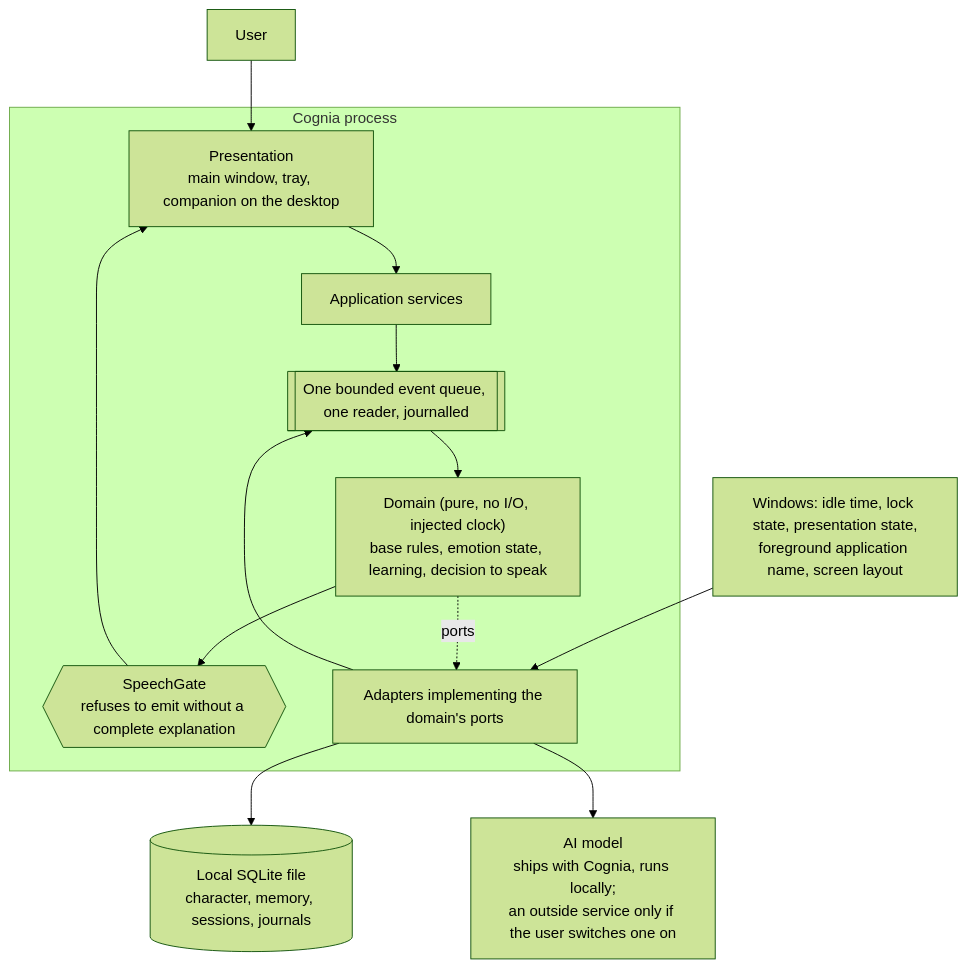
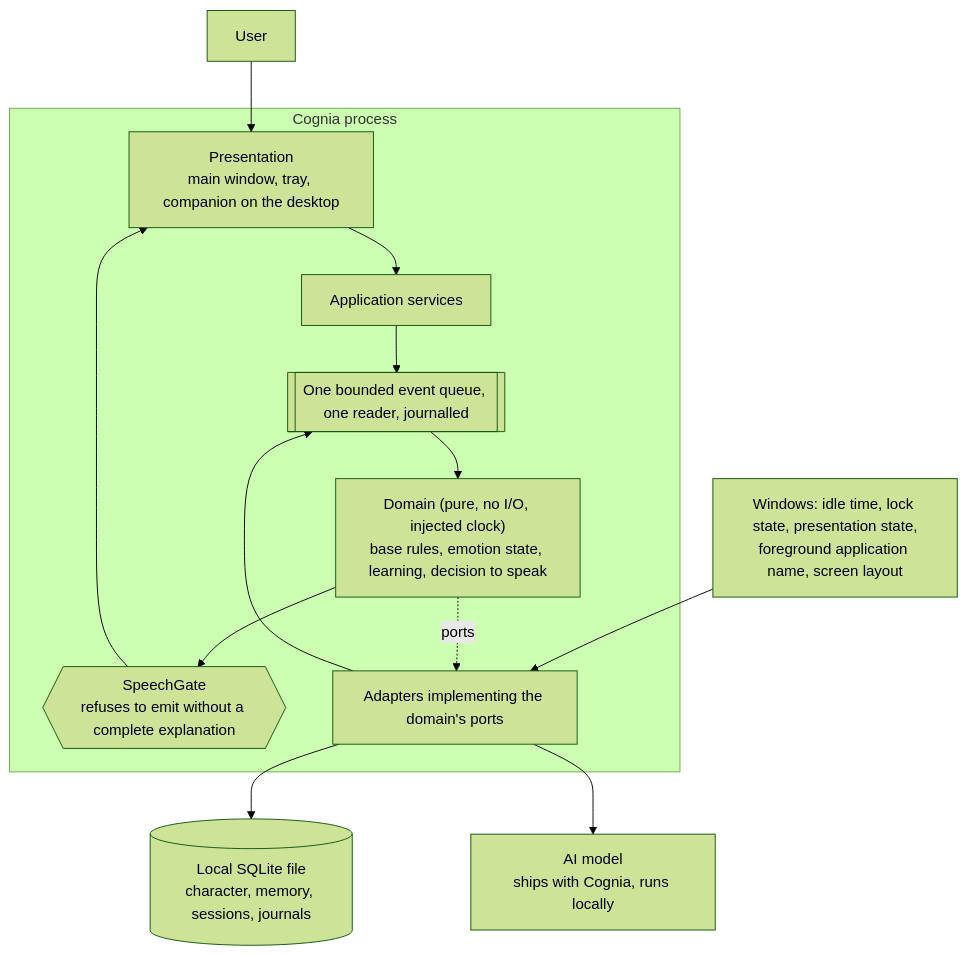
Before and after one commit to NguyenVu04/cognia: the diagram in README.md, drawn with Mermaid (forest theme). The commit also changed other lines of this file and 40 other files, not shown here.

````diff
--- a/README.md
+++ b/README.md
@@ -195,29 +195,29 @@
 ```mermaid
 flowchart TB
     user["User"]
     win["Windows: idle time, lock state, presentation state,<br/>foreground application name, screen layout"]
 
     subgraph app["Cognia process"]
         ui["Presentation<br/>main window, tray, companion on the desktop"]
         svc["Application services"]
         queue[["One bounded event queue, one reader, journalled"]]
         domain["Domain (pure, no I/O, injected clock)<br/>base rules, emotion state, learning, decision to speak"]
         gate{{"SpeechGate<br/>refuses to emit without a complete explanation"}}
         adapters["Adapters implementing the domain's ports"]
     end
 
     store[("Local SQLite file<br/>character, memory, sessions, journals")]
-    model["AI model<br/>ships with Cognia, runs locally;<br/>an outside service only if the user switches one on"]
+    model["AI model<br/>ships with Cognia, runs locally"]
 
     user --> ui
     win --> adapters
     ui --> svc
     svc --> queue
     adapters --> queue
     queue --> domain
     domain --> gate
     gate --> ui
     domain -.->|ports| adapters
     adapters --> store
     adapters --> model
 ```
````
